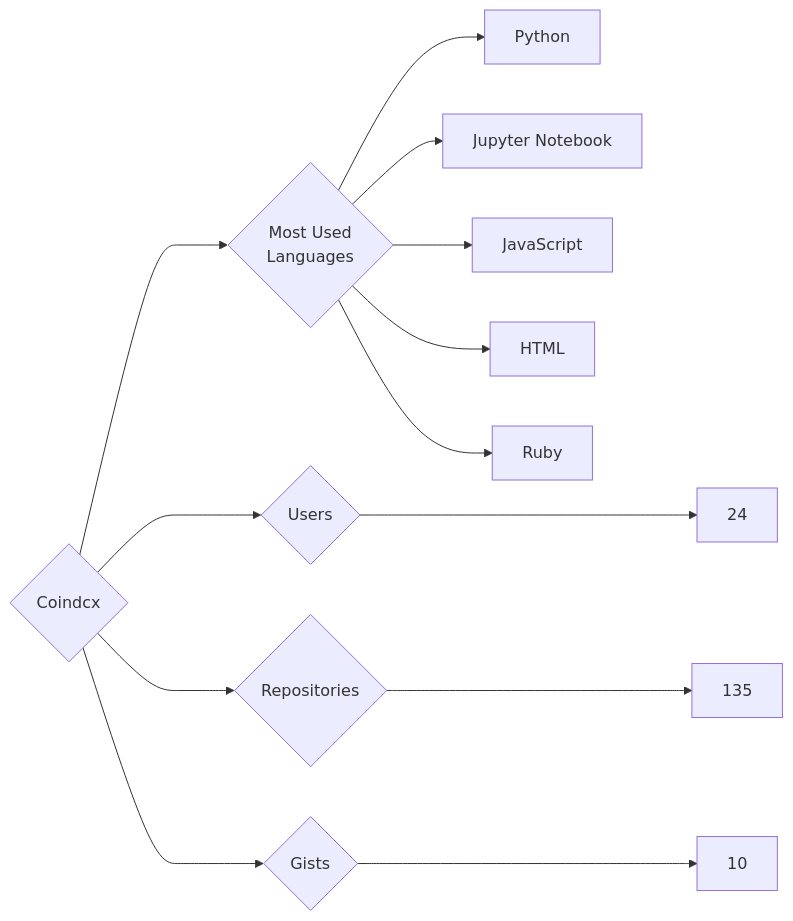
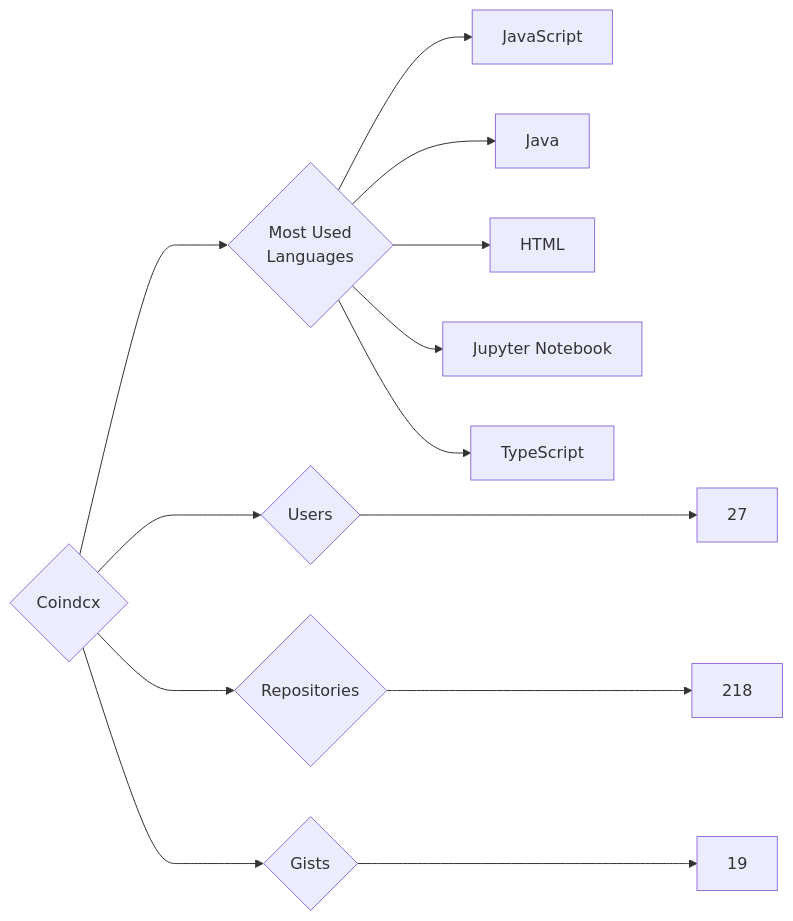
The diagram in targets/Coindcx/README.md (trickest/insiders), drawn with Mermaid before and after one commit. The commit also changed 736 other files, not shown here.

````diff
--- a/targets/Coindcx/README.md
+++ b/targets/Coindcx/README.md
@@ -3,13 +3,13 @@
 ```mermaid
 graph LR
 COMPANY_NAME{Coindcx}
-COMPANY_NAME ---> U{Users} ---> UN[24]
-COMPANY_NAME ---> R{Repositories} ---> RN[135]
-COMPANY_NAME ---> G{Gists} ---> GN[10]
+COMPANY_NAME ---> U{Users} ---> UN[27]
+COMPANY_NAME ---> R{Repositories} ---> RN[218]
+COMPANY_NAME ---> G{Gists} ---> GN[19]
 COMPANY_NAME ---> ML{Most Used<br>Languages}
-ML --> Python[Python]
+ML --> JavaScript[JavaScript]
+ML --> Java[Java]
+ML --> HTML[HTML]
 ML --> Jupyter_Notebook[Jupyter Notebook]
-ML --> JavaScript[JavaScript]
-ML --> HTML[HTML]
-ML --> Ruby[Ruby]
+ML --> TypeScript[TypeScript]
 ```
````
